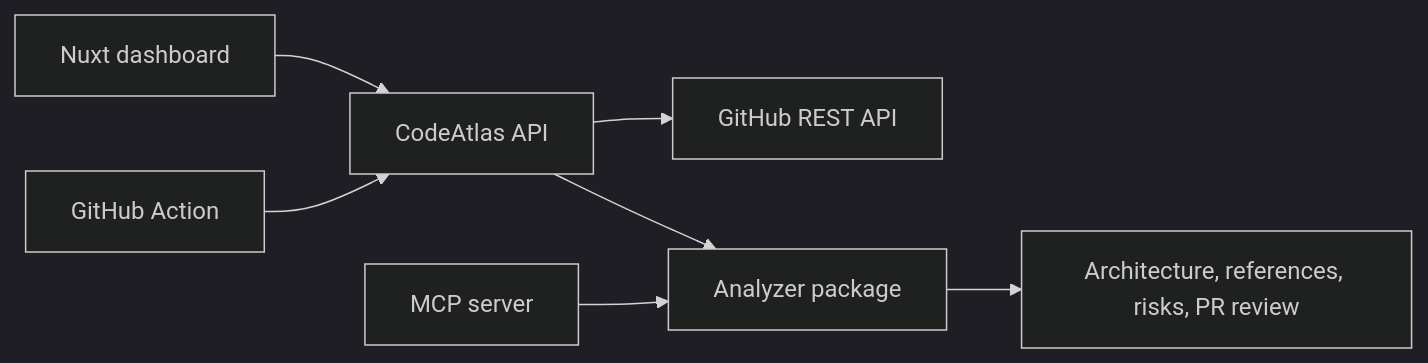
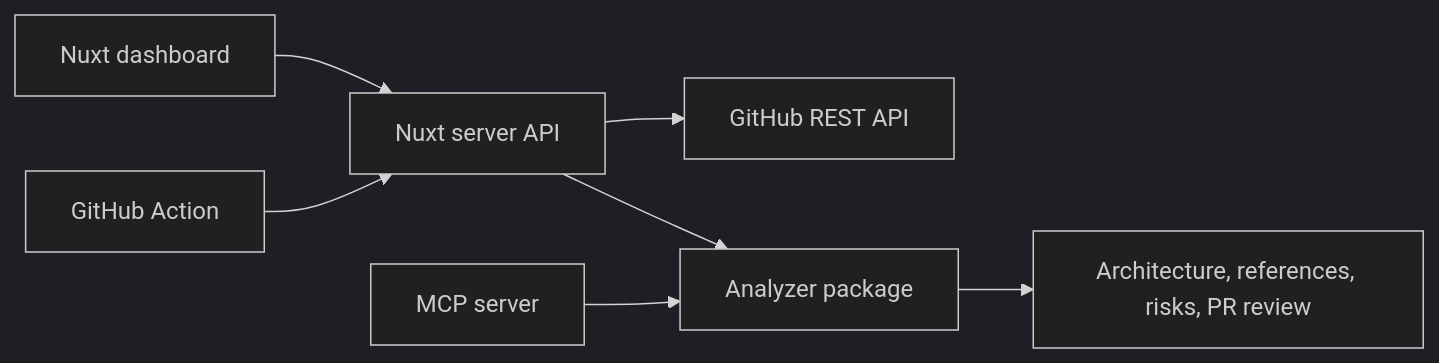
Before and after one commit to StepanDrogin/CodeAtlas: the diagram in README.md, drawn with Mermaid (dark theme). The commit also changed other lines of this file and 7 other files, not shown here.

````diff
--- a/README.md
+++ b/README.md
@@ -112,9 +195,9 @@
 ```mermaid
 flowchart LR
-  Web[Nuxt dashboard] --> API[CodeAtlas API]
+  Web[Nuxt dashboard] --> API[Nuxt server API]
   API --> GitHub[GitHub REST API]
   API --> Analyzer[Analyzer package]
   MCP[MCP server] --> Analyzer
   Action[GitHub Action] --> API
   Analyzer --> UI[Architecture, references, risks, PR review]
 ```
````
